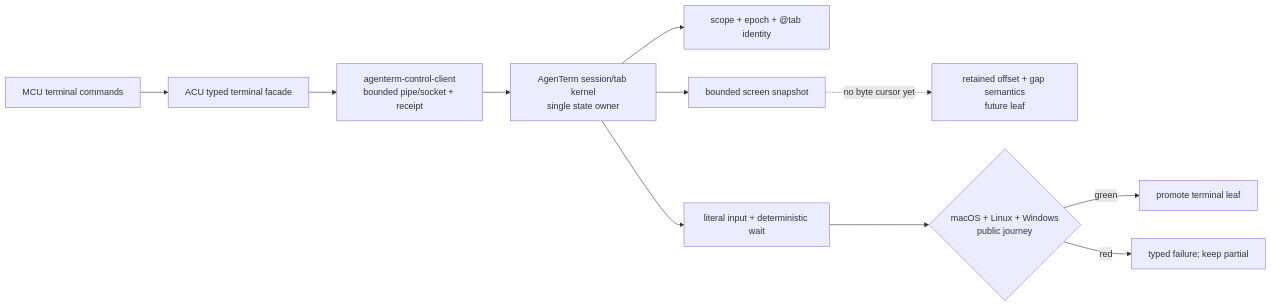
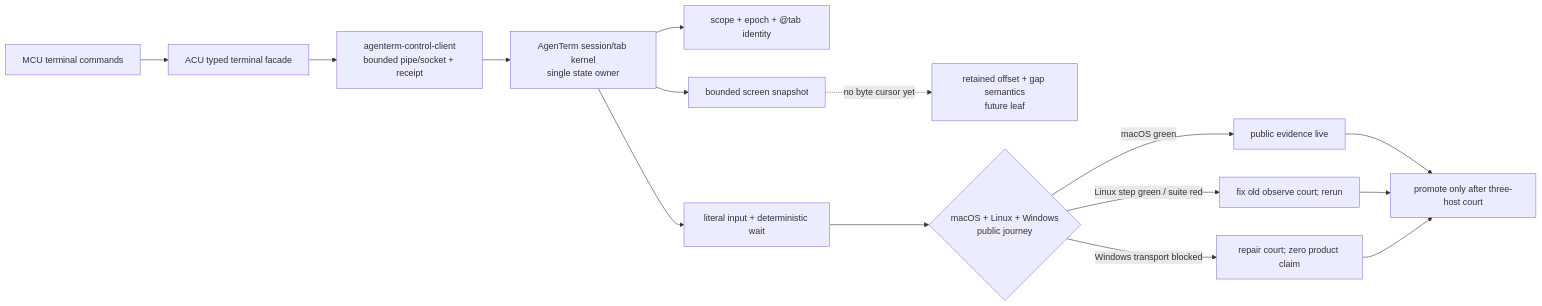
Before and after one commit to partnernetsoftware/agenterm: the diagram in prd/PRD_02_28_agenterm_cu.md, drawn with Mermaid. The commit also changed other lines of this file and 8 other files, not shown here.

````diff
--- a/prd/PRD_02_28_agenterm_cu.md
+++ b/prd/PRD_02_28_agenterm_cu.md
@@ -315,13 +321,17 @@
 ```mermaid
 flowchart LR
   M["MCU terminal commands"] --> F["ACU typed terminal facade"]
   F --> C["agenterm-control-client<br/>bounded pipe/socket + receipt"]
   C --> K["AgenTerm session/tab kernel<br/>single state owner"]
   K --> I["scope + epoch + @tab identity"]
   K --> S["bounded screen snapshot"]
   K --> W["literal input + deterministic wait"]
   S -. "no byte cursor yet" .-> G["retained offset + gap semantics<br/>future leaf"]
   W --> Q{"macOS + Linux + Windows<br/>public journey"}
-  Q -->|green| P["promote terminal leaf"]
-  Q -->|red| R["typed failure; keep partial"]
+  Q -->|macOS green| M1["public evidence live"]
+  Q -->|Linux step green / suite red| L1["fix old observe court; rerun"]
+  Q -->|Windows transport blocked| W1["repair court; zero product claim"]
+  M1 --> P["promote only after three-host court"]
+  L1 --> P
+  W1 --> P
 ```
````
